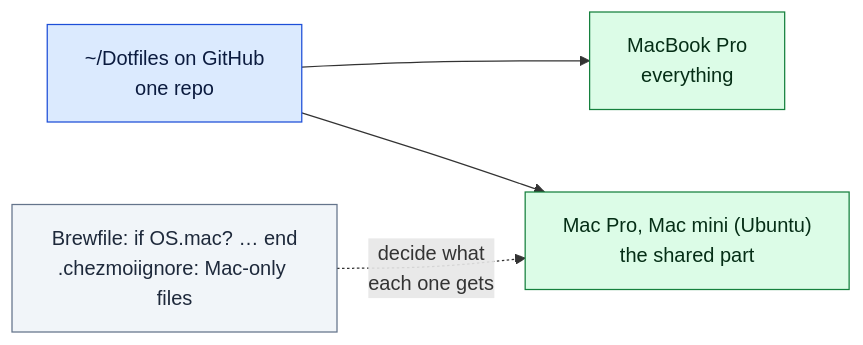
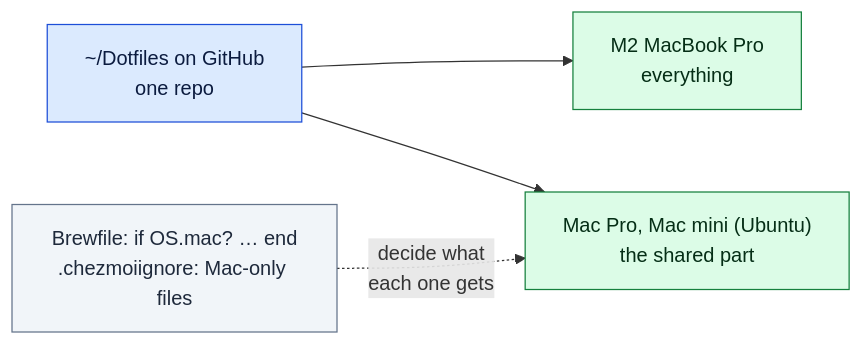
One commit to youngjae-lim/dotfiles changed the diagram in docs/14-spare-linux.md. Above: the diagram before and after it, drawn with Mermaid. The commit also changed other lines of this file and 18 other files, not shown here.

````diff
--- a/docs/14-spare-linux.md
+++ b/docs/14-spare-linux.md
@@ -11,9 +11,9 @@
 ```mermaid
 flowchart LR
-    R["~/Dotfiles on GitHub<br/>one repo"]:::source --> M["MacBook Pro<br/>everything"]:::output
+    R["~/Dotfiles on GitHub<br/>one repo"]:::source --> M["M2 MacBook Pro<br/>everything"]:::output
     R --> S["Mac Pro, Mac mini (Ubuntu)<br/>the shared part"]:::output
     B["Brewfile: if OS.mac? … end<br/>.chezmoiignore: Mac-only files"]:::step -.->|"decide what<br/>each one gets"| S
     classDef source fill:#dbeafe,stroke:#1d4ed8,color:#0b1b3f
     classDef step fill:#f1f5f9,stroke:#64748b,color:#1e293b
     classDef output fill:#dcfce7,stroke:#15803d,color:#052e16
 ```
````
